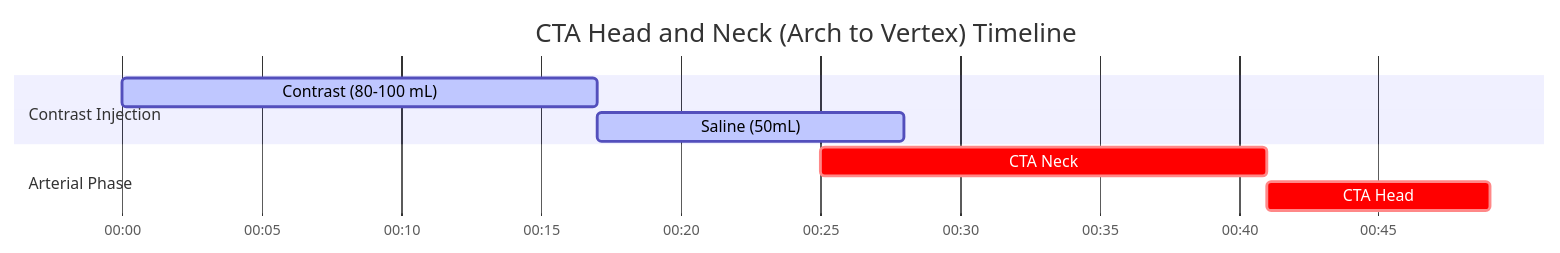
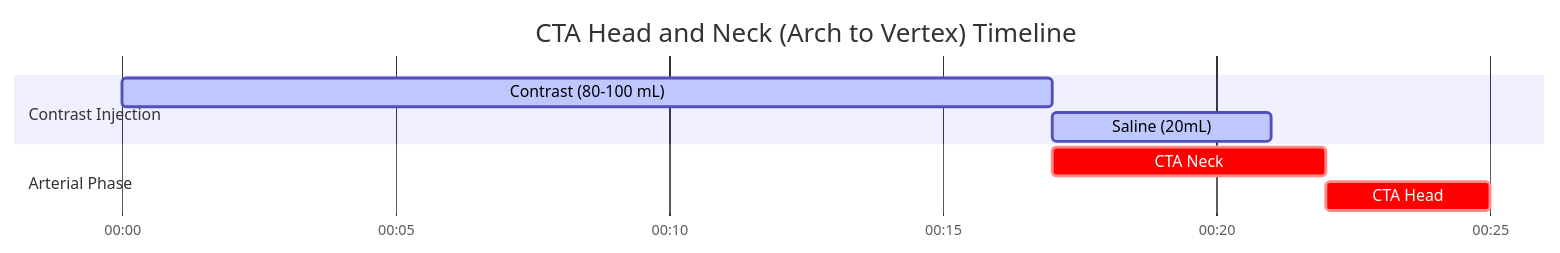
Before and after one commit to dfergs93/radiology-protocols: the diagram in docs/ct/vascular/cta-head-and-neck-arch-to-vertex.md, drawn with Mermaid. The commit also changed other lines of this file and 113 other files, not shown here.

````diff
--- a/docs/ct/vascular/cta-head-and-neck-arch-to-vertex.md
+++ b/docs/ct/vascular/cta-head-and-neck-arch-to-vertex.md
@@ -86,18 +86,18 @@
   ```mermaid
   ---
   config:
     theme: default
   ---
     gantt
       title CTA Head and Neck (Arch to Vertex) Timeline
       dateFormat mm:ss
       axisFormat %M:%S 
       
       section Contrast Injection
       Contrast (80-100 mL)    :active, contrast, 00:00, 17s
-      Saline (50mL)          :active, saline, after contrast, 11s
+      Saline (20mL)          :active, saline, after contrast, 4s
       section Arterial Phase
-      CTA Neck    :crit, scan1, 00:25, 16s
+      CTA Neck    :crit, scan1, after contrast, 5s
       section Arterial Phase
-      CTA Head    :crit, scan2, after scan1, 8s
+      CTA Head    :crit, scan2, after scan1, 3s
   ```
````
